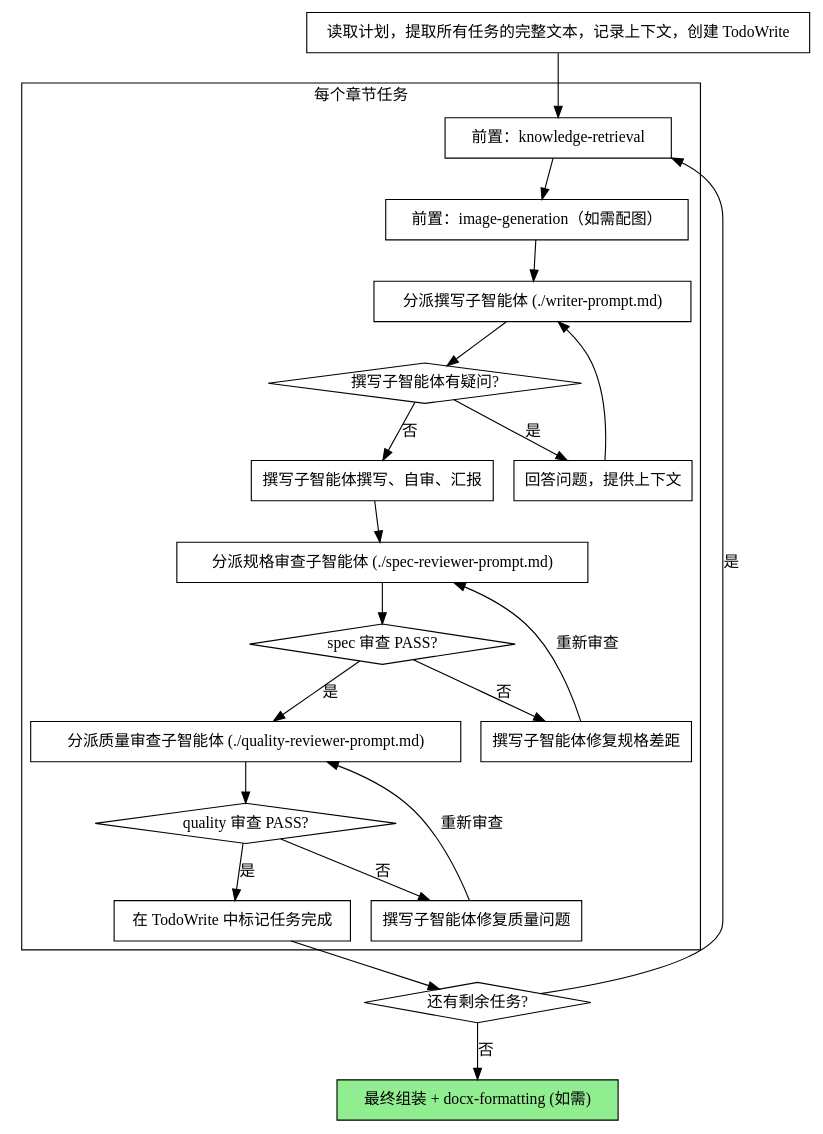
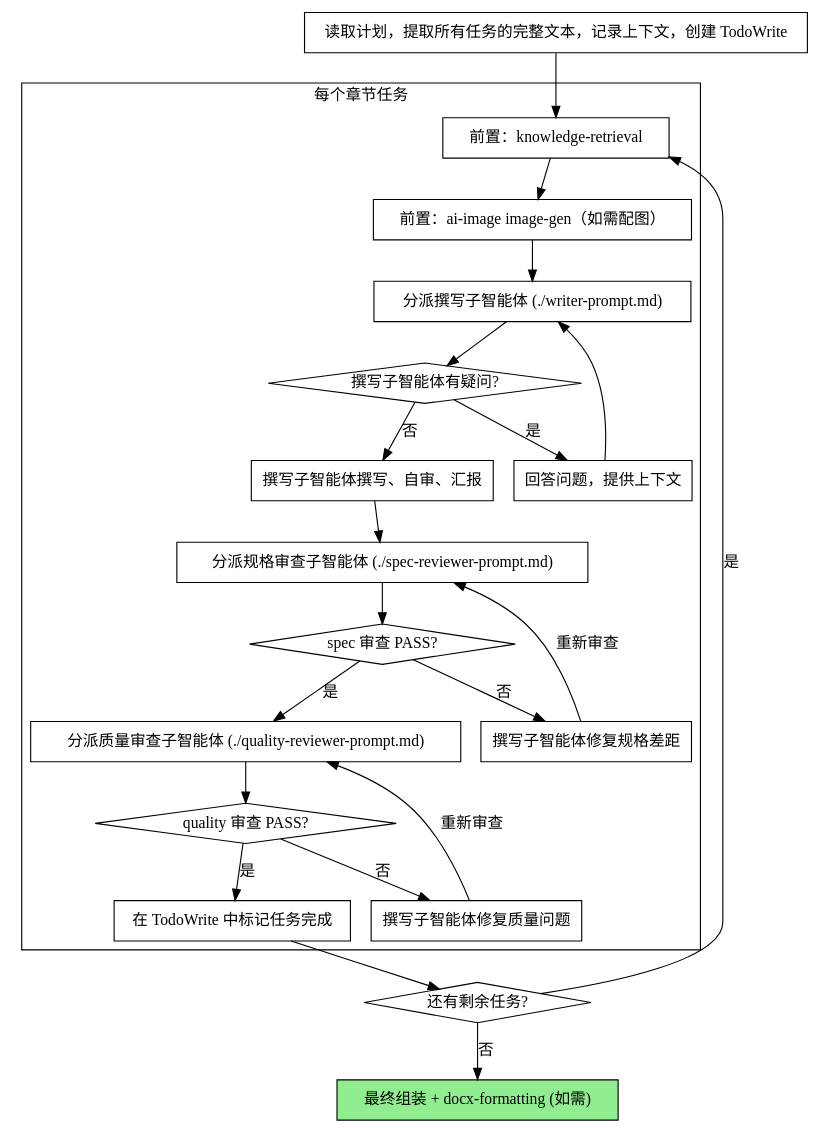
One commit to TubeLiu/presales-skills changed the second of 2 diagrams in solution-master/skills/subagent-driven-writing/SKILL.md. Above: the diagram before and after it, drawn with Graphviz. The commit also changed other lines of this file and 9 other files, not shown here.

````diff
--- a/solution-master/skills/subagent-driven-writing/SKILL.md
+++ b/solution-master/skills/subagent-driven-writing/SKILL.md
@@ -51,46 +51,46 @@
 ```dot
 digraph process {
     rankdir=TB;
 
     subgraph cluster_per_task {
         label="每个章节任务";
         "前置：knowledge-retrieval" [shape=box];
-        "前置：image-generation（如需配图）" [shape=box];
+        "前置：ai-image image-gen（如需配图）" [shape=box];
         "分派撰写子智能体 (./writer-prompt.md)" [shape=box];
         "撰写子智能体有疑问?" [shape=diamond];
         "回答问题，提供上下文" [shape=box];
         "撰写子智能体撰写、自审、汇报" [shape=box];
         "分派规格审查子智能体 (./spec-reviewer-prompt.md)" [shape=box];
         "spec 审查 PASS?" [shape=diamond];
         "撰写子智能体修复规格差距" [shape=box];
         "分派质量审查子智能体 (./quality-reviewer-prompt.md)" [shape=box];
         "quality 审查 PASS?" [shape=diamond];
         "撰写子智能体修复质量问题" [shape=box];
         "在 TodoWrite 中标记任务完成" [shape=box];
     }
 
     "读取计划，提取所有任务的完整文本，记录上下文，创建 TodoWrite" [shape=box];
     "还有剩余任务?" [shape=diamond];
     "最终组装 + docx-formatting (如需)" [shape=box style=filled fillcolor=lightgreen];
 
     "读取计划，提取所有任务的完整文本，记录上下文，创建 TodoWrite" -> "前置：knowledge-retrieval";
-    "前置：knowledge-retrieval" -> "前置：image-generation（如需配图）";
-    "前置：image-generation（如需配图）" -> "分派撰写子智能体 (./writer-prompt.md)";
+    "前置：knowledge-retrieval" -> "前置：ai-image image-gen（如需配图）";
+    "前置：ai-image image-gen（如需配图）" -> "分派撰写子智能体 (./writer-prompt.md)";
     "分派撰写子智能体 (./writer-prompt.md)" -> "撰写子智能体有疑问?";
     "撰写子智能体有疑问?" -> "回答问题，提供上下文" [label="是"];
     "回答问题，提供上下文" -> "分派撰写子智能体 (./writer-prompt.md)";
     "撰写子智能体有疑问?" -> "撰写子智能体撰写、自审、汇报" [label="否"];
     "撰写子智能体撰写、自审、汇报" -> "分派规格审查子智能体 (./spec-reviewer-prompt.md)";
     "分派规格审查子智能体 (./spec-reviewer-prompt.md)" -> "spec 审查 PASS?";
     "spec 审查 PASS?" -> "撰写子智能体修复规格差距" [label="否"];
     "撰写子智能体修复规格差距" -> "分派规格审查子智能体 (./spec-reviewer-prompt.md)" [label="重新审查"];
     "spec 审查 PASS?" -> "分派质量审查子智能体 (./quality-reviewer-prompt.md)" [label="是"];
     "分派质量审查子智能体 (./quality-reviewer-prompt.md)" -> "quality 审查 PASS?";
     "quality 审查 PASS?" -> "撰写子智能体修复质量问题" [label="否"];
     "撰写子智能体修复质量问题" -> "分派质量审查子智能体 (./quality-reviewer-prompt.md)" [label="重新审查"];
     "quality 审查 PASS?" -> "在 TodoWrite 中标记任务完成" [label="是"];
     "在 TodoWrite 中标记任务完成" -> "还有剩余任务?";
     "还有剩余任务?" -> "前置：knowledge-retrieval" [label="是"];
     "还有剩余任务?" -> "最终组装 + docx-formatting (如需)" [label="否"];
 }
 ```
````
